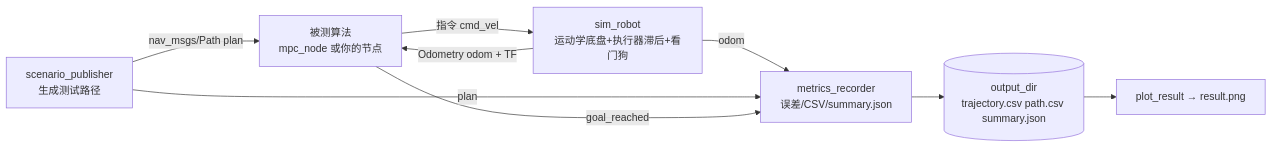
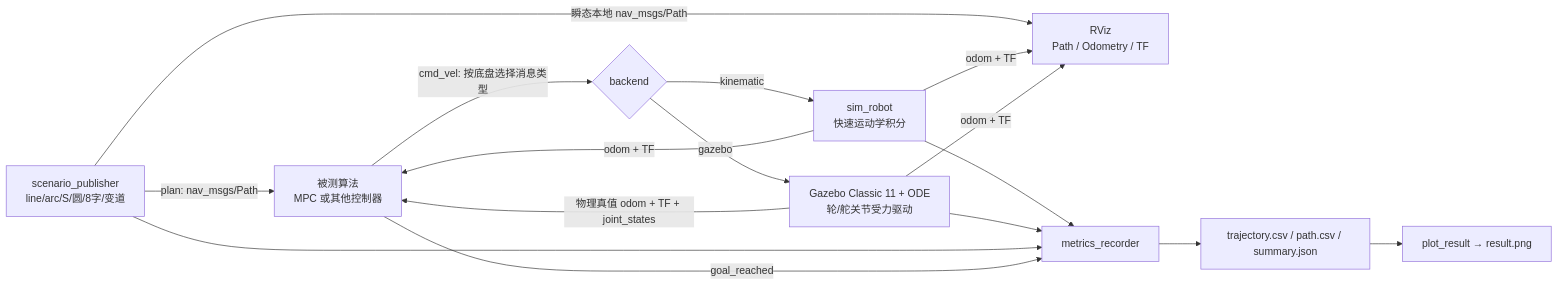
The diagram in sim/path_follow_sim/README.md (fenwickxie/path-follow), drawn with Mermaid before and after one commit. The commit also changed other lines of this file and 17 other files, not shown here.

Commit message:
Add Gazebo integration and path publishing for path_follow_sim

````diff
--- a/sim/path_follow_sim/README.md
+++ b/sim/path_follow_sim/README.md
@@ -8,11 +12,18 @@
 ```mermaid
 flowchart LR
-    SC[scenario_publisher<br/>生成测试路径] -- nav_msgs/Path plan --> ALG[被测算法<br/>mpc_node 或你的节点]
-    ALG -- 指令 cmd_vel --> SIM[sim_robot<br/>运动学底盘+执行器滞后+看门狗]
-    SIM -- Odometry odom + TF --> ALG
-    SIM -- odom --> MET[metrics_recorder<br/>误差/CSV/summary.json]
-    SC -- plan --> MET
-    ALG -- goal_reached --> MET
-    MET --> OUT[(output_dir<br/>trajectory.csv path.csv summary.json)]
+    SC[scenario_publisher<br/>line/arc/S/圆/8字/变道] -->|plan: nav_msgs/Path| ALG[被测算法<br/>MPC 或其他控制器]
+    ALG -->|cmd_vel: 按底盘选择消息类型| SEL{backend}
+    SEL -->|kinematic| KIN[sim_robot<br/>快速运动学积分]
+    SEL -->|gazebo| GZ[Gazebo Classic 11 + ODE<br/>轮/舵关节受力驱动]
+    KIN -->|odom + TF| ALG
+    GZ -->|物理真值 odom + TF + joint_states| ALG
+    SC -->|瞬态本地 nav_msgs/Path| RVIZ[RViz<br/>Path / Odometry / TF]
+    KIN -->|odom + TF| RVIZ
+    GZ -->|odom + TF| RVIZ
+    KIN --> MET[metrics_recorder]
+    GZ --> MET
+    SC --> MET
+    ALG -->|goal_reached| MET
+    MET --> OUT[trajectory.csv / path.csv / summary.json]
     OUT --> PLOT[plot_result → result.png]
 ```
````
